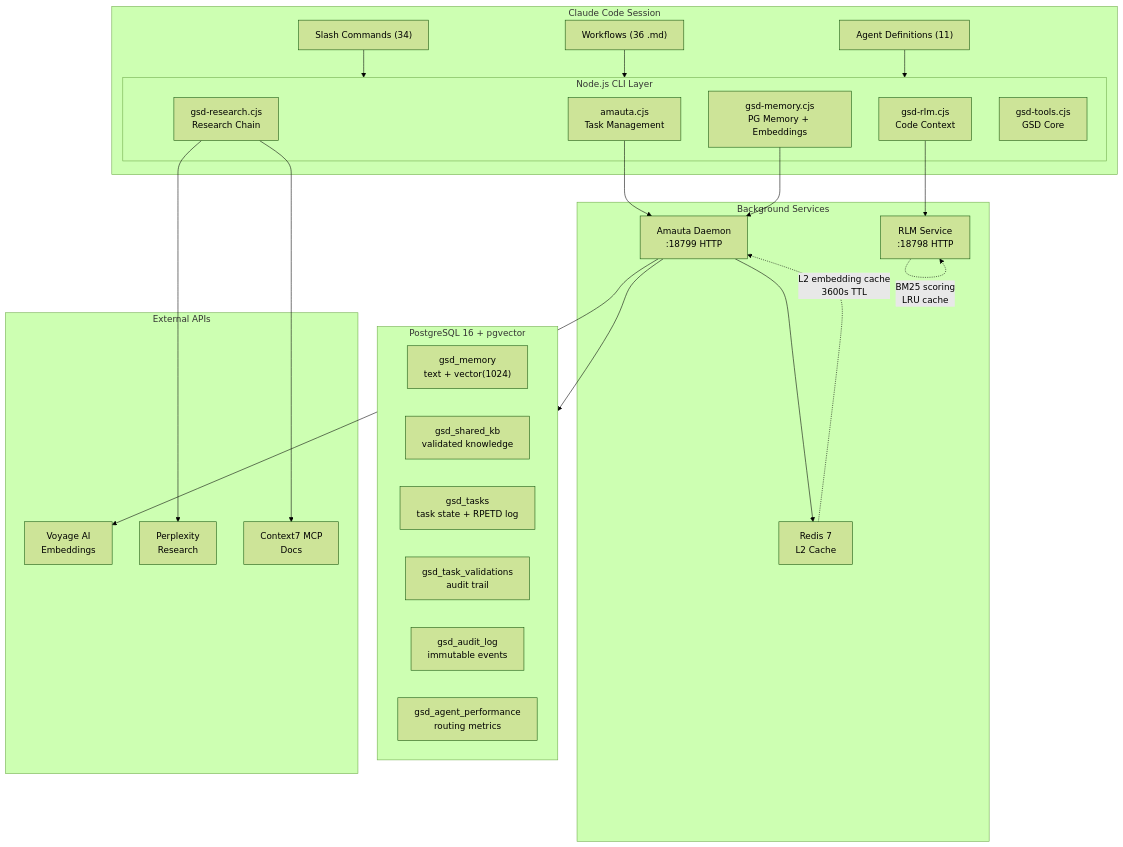
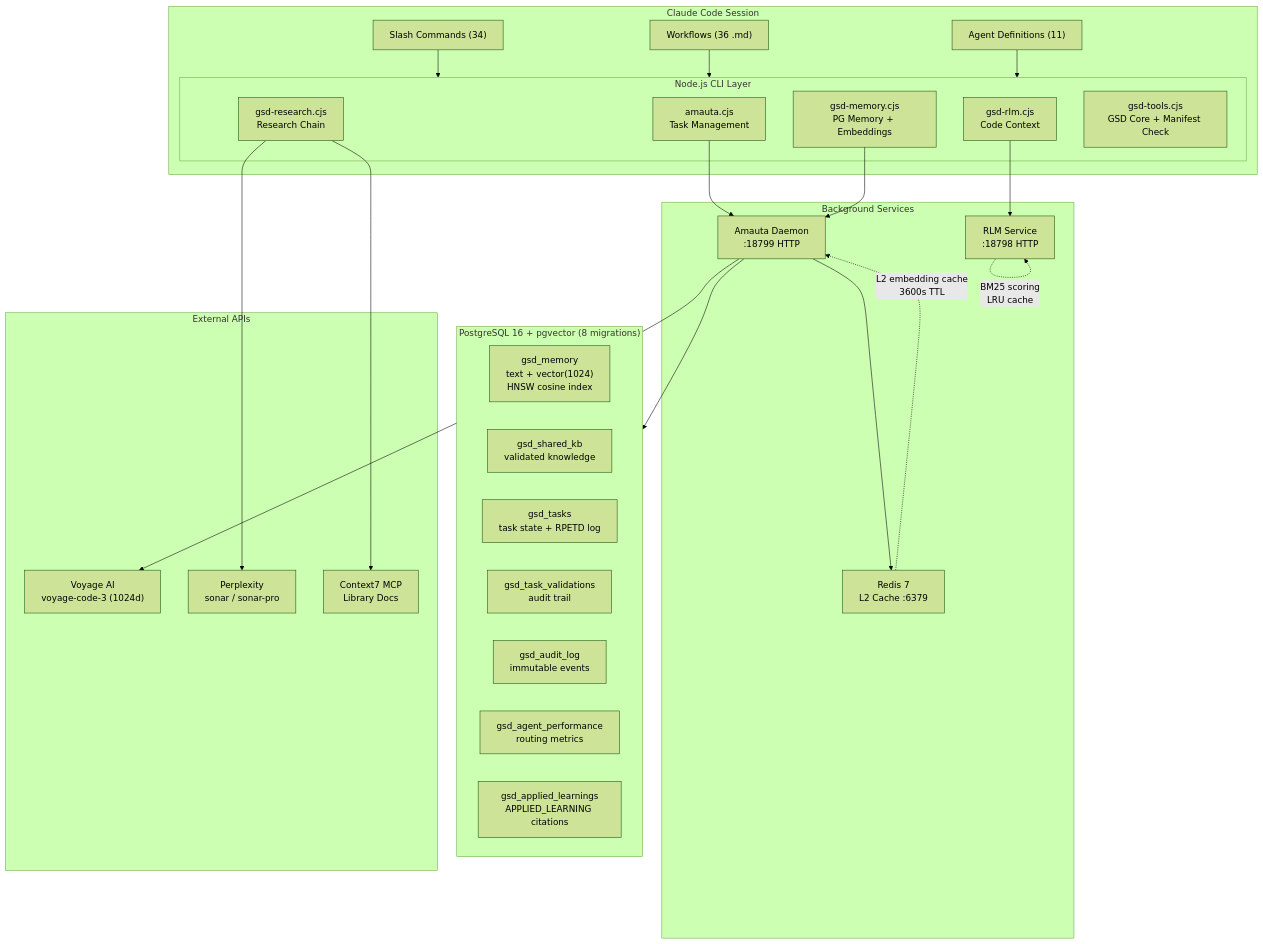
One commit to Luiscmogrovejo/gsd-amauta changed the first of 9 diagrams in README.md. Above: the diagram before and after it, drawn with Mermaid (forest theme). The commit also changed other lines of this file, not shown here.

Commit message:
docs(readme): comprehensive v2.6 rewrite covering RPETD, RLM, memory, divergence protocol, dogfood ledger

````diff
--- a/README.md
+++ b/README.md
@@ -36,52 +94,53 @@
 ```mermaid
 graph TB
     subgraph Claude["Claude Code Session"]
         CMD["Slash Commands (34)"]
         WF["Workflows (36 .md)"]
         AG["Agent Definitions (11)"]
 
         CMD --> CLI
         WF --> CLI
         AG --> CLI
     end
 
     subgraph CLI["Node.js CLI Layer"]
         AMAUTA["amauta.cjs<br/>Task Management"]
         MEM["gsd-memory.cjs<br/>PG Memory + Embeddings"]
         RLM_CLI["gsd-rlm.cjs<br/>Code Context"]
         RES["gsd-research.cjs<br/>Research Chain"]
-        TOOLS["gsd-tools.cjs<br/>GSD Core"]
+        TOOLS["gsd-tools.cjs<br/>GSD Core + Manifest Check"]
     end
 
     subgraph Services["Background Services"]
         DAEMON["Amauta Daemon<br/>:18799 HTTP"]
         RLM_SVC["RLM Service<br/>:18798 HTTP"]
-        REDIS["Redis 7<br/>L2 Cache"]
+        REDIS["Redis 7<br/>L2 Cache :6379"]
     end
 
-    subgraph Storage["PostgreSQL 16 + pgvector"]
-        GM["gsd_memory<br/>text + vector(1024)"]
+    subgraph Storage["PostgreSQL 16 + pgvector (8 migrations)"]
+        GM["gsd_memory<br/>text + vector(1024)<br/>HNSW cosine index"]
         GS["gsd_shared_kb<br/>validated knowledge"]
         GT["gsd_tasks<br/>task state + RPETD log"]
         GV["gsd_task_validations<br/>audit trail"]
         GA["gsd_audit_log<br/>immutable events"]
         GP["gsd_agent_performance<br/>routing metrics"]
+        GAC["gsd_applied_learnings<br/>APPLIED_LEARNING citations"]
     end
 
     subgraph APIs["External APIs"]
-        VOY["Voyage AI<br/>Embeddings"]
-        PPX["Perplexity<br/>Research"]
-        C7["Context7 MCP<br/>Docs"]
+        VOY["Voyage AI<br/>voyage-code-3 (1024d)"]
+        PPX["Perplexity<br/>sonar / sonar-pro"]
+        C7["Context7 MCP<br/>Library Docs"]
     end
 
     AMAUTA --> DAEMON
     MEM --> DAEMON
     RLM_CLI --> RLM_SVC
     RES --> PPX
     RES --> C7
     DAEMON --> Storage
     DAEMON --> VOY
     DAEMON --> REDIS
     RLM_SVC -.->|"BM25 scoring<br/>LRU cache"| RLM_SVC
     REDIS -.->|"L2 embedding cache<br/>3600s TTL"| DAEMON
 ```
````
